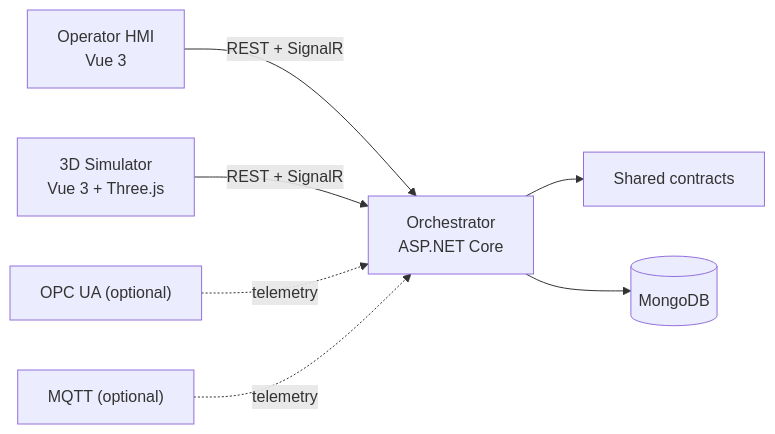
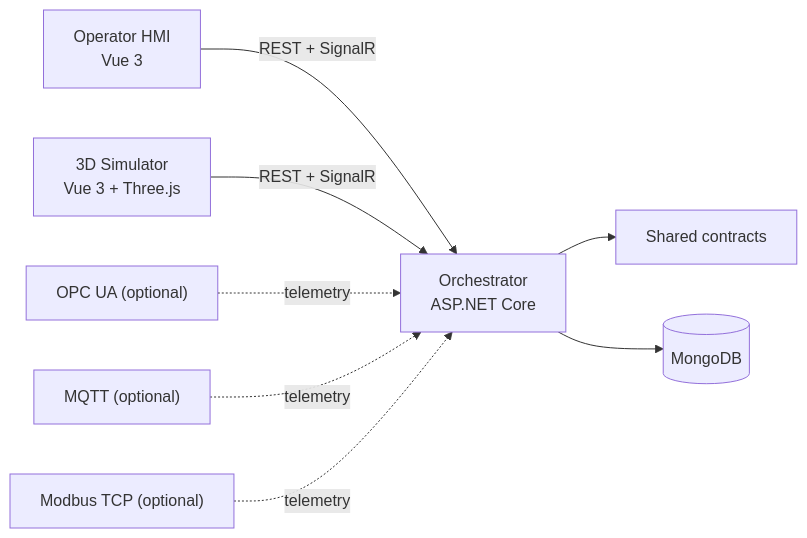
The first of 2 diagrams in README.md (VirgileDjimgou/Fabrik3DLite), drawn with Mermaid before and after one commit. The commit also changed other lines of this file and 287 other files, not shown here.

````diff
--- a/README.md
+++ b/README.md
@@ -110,9 +148,10 @@
 ```mermaid
 flowchart LR
     HMI["Operator HMI\nVue 3"] -->|REST + SignalR| Server["Orchestrator\nASP.NET Core"]
     Simulator["3D Simulator\nVue 3 + Three.js"] -->|REST + SignalR| Server
     Server --> Contracts["Shared contracts"]
     Server --> Mongo[(MongoDB)]
     OpcUa["OPC UA (optional)"] -. telemetry .-> Server
     Mqtt["MQTT (optional)"] -. telemetry .-> Server
+    Modbus["Modbus TCP (optional)"] -. telemetry .-> Server
 ```
````
